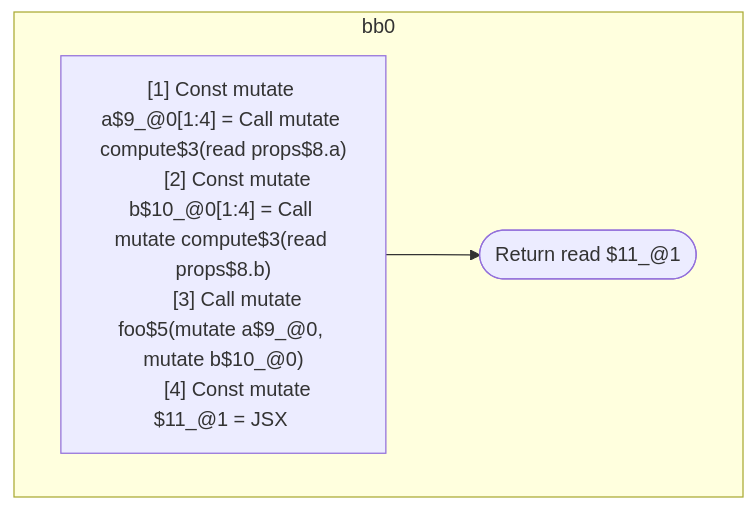
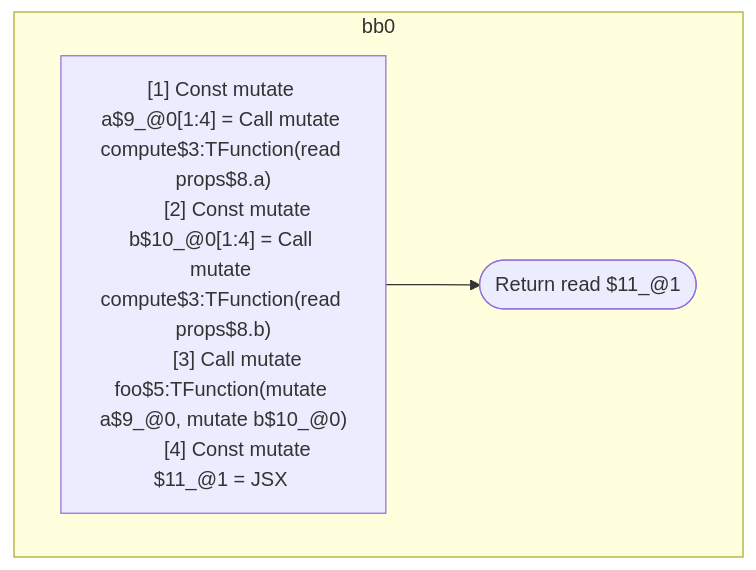
Before and after one commit to wutsmog/private: the first of 4 diagrams in compiler/forget/src/__tests__/fixtures/hir/interdependent.expect.md, drawn with Mermaid. The commit also changed other lines of this file and 112 other files, not shown here.

````diff
--- a/compiler/forget/src/__tests__/fixtures/hir/interdependent.expect.md
+++ b/compiler/forget/src/__tests__/fixtures/hir/interdependent.expect.md
@@ -65,16 +65,16 @@
 ```mermaid
 flowchart TB
   %% Basic Blocks
   subgraph bb0
     bb0_instrs["
-      [1] Const mutate a$9_@0[1:4] = Call mutate compute$3(read props$8.a)
-      [2] Const mutate b$10_@0[1:4] = Call mutate compute$3(read props$8.b)
-      [3] Call mutate foo$5(mutate a$9_@0, mutate b$10_@0)
+      [1] Const mutate a$9_@0[1:4] = Call mutate compute$3:TFunction(read props$8.a)
+      [2] Const mutate b$10_@0[1:4] = Call mutate compute$3:TFunction(read props$8.b)
+      [3] Call mutate foo$5:TFunction(mutate a$9_@0, mutate b$10_@0)
       [4] Const mutate $11_@1 = JSX <read Foo$6 a={freeze a$9_@0} b={freeze b$10_@0} ></read Foo$6>
     "]
     bb0_instrs --> bb0_terminal(["Return read $11_@1"])
   end
 
   %% Jumps
   %% empty
 ```
````
